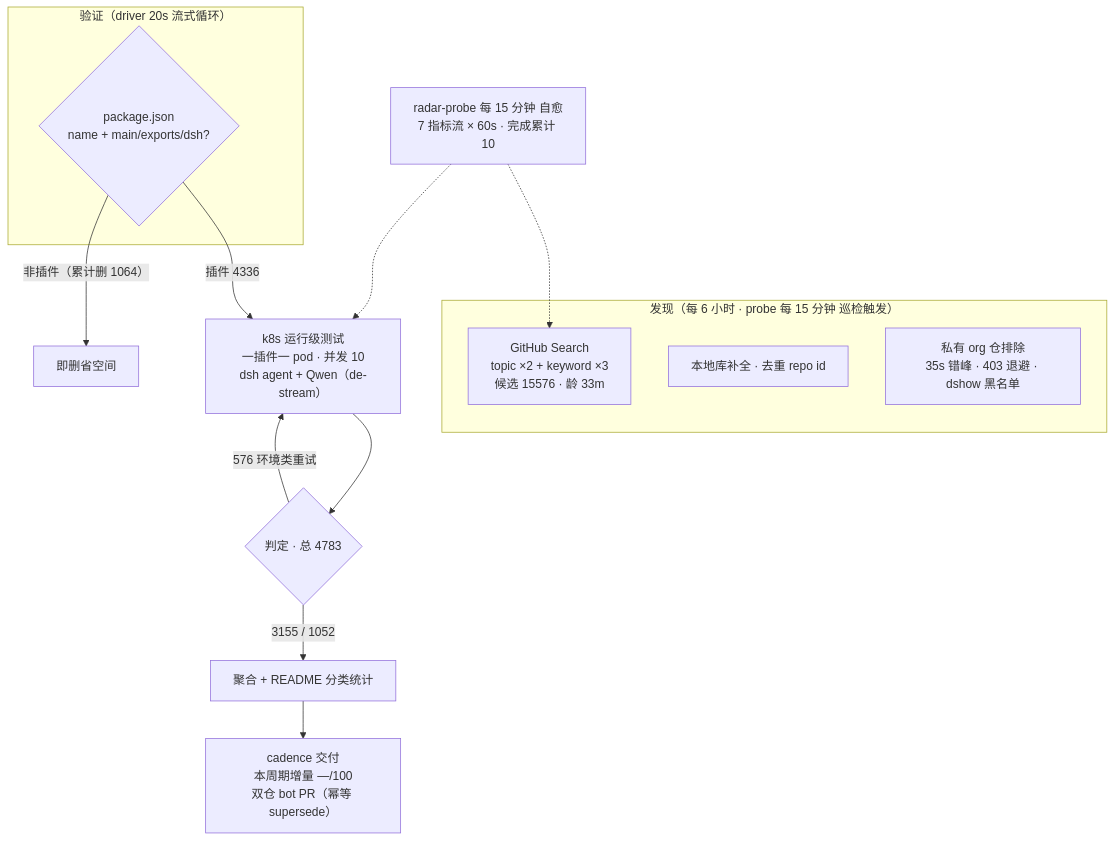
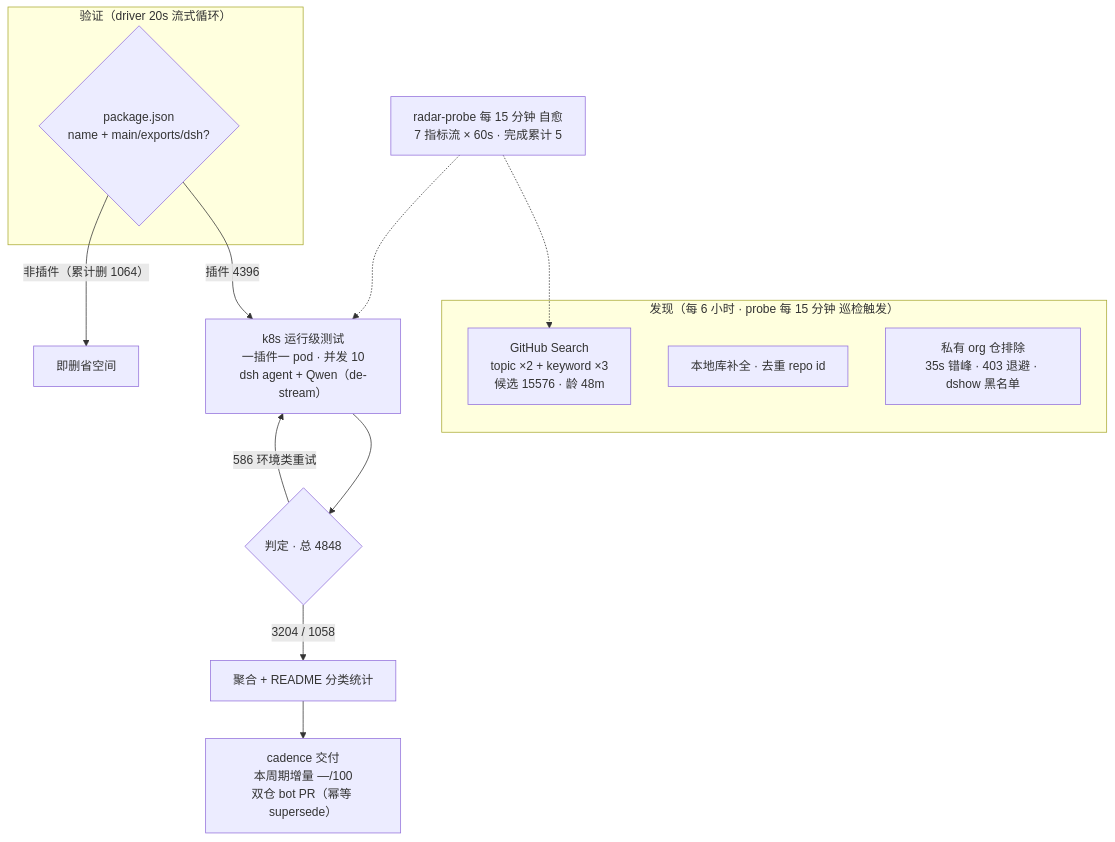
One commit to Zhidao-Lab-OSS/awesome-dsh-plugins changed the diagram in README.md. Above: the diagram before and after it, drawn with Mermaid. The commit also changed other lines of this file and 1 other file, not shown here.

````diff
--- a/README.md
+++ b/README.md
@@ -37,20 +37,20 @@
 ```mermaid
 flowchart TB
     subgraph Discovery["发现（每 6 小时 · probe 每 15 分钟 巡检触发）"]
-        A1["GitHub Search<br/>topic ×2 + keyword ×3<br/>候选 15576 · 龄 33m"]
+        A1["GitHub Search<br/>topic ×2 + keyword ×3<br/>候选 15576 · 龄 48m"]
         A2["本地库补全 · 去重 repo id"]
         A3["私有 org 仓排除<br/>35s 错峰 · 403 退避 · dshow 黑名单"]
     end
     subgraph Validation["验证（driver 20s 流式循环）"]
         B1{"package.json<br/>name + main/exports/dsh?"}
     end
-    B1 -->|"插件 4336"| C1["k8s 运行级测试<br/>一插件一 pod · 并发 10<br/>dsh agent + Qwen（de-stream）"]
+    B1 -->|"插件 4396"| C1["k8s 运行级测试<br/>一插件一 pod · 并发 10<br/>dsh agent + Qwen（de-stream）"]
     B1 -->|"非插件（累计删 1064）"| B3["即删省空间"]
-    C1 --> D1{"判定 · 总 4783"}
-    D1 -->|"3155 / 1052"| E1["聚合 + README 分类统计"]
-    D1 -->|"576 环境类重试"| C1
+    C1 --> D1{"判定 · 总 4848"}
+    D1 -->|"3204 / 1058"| E1["聚合 + README 分类统计"]
+    D1 -->|"586 环境类重试"| C1
     E1 --> E2["cadence 交付<br/>本周期增量 —/100<br/>双仓 bot PR（幂等 supersede）"]
-    M["radar-probe 每 15 分钟 自愈<br/>7 指标流 × 60s · 完成累计 10"]
+    M["radar-probe 每 15 分钟 自愈<br/>7 指标流 × 60s · 完成累计 5"]
     M -.-> A1
     M -.-> C1
 ```
````
